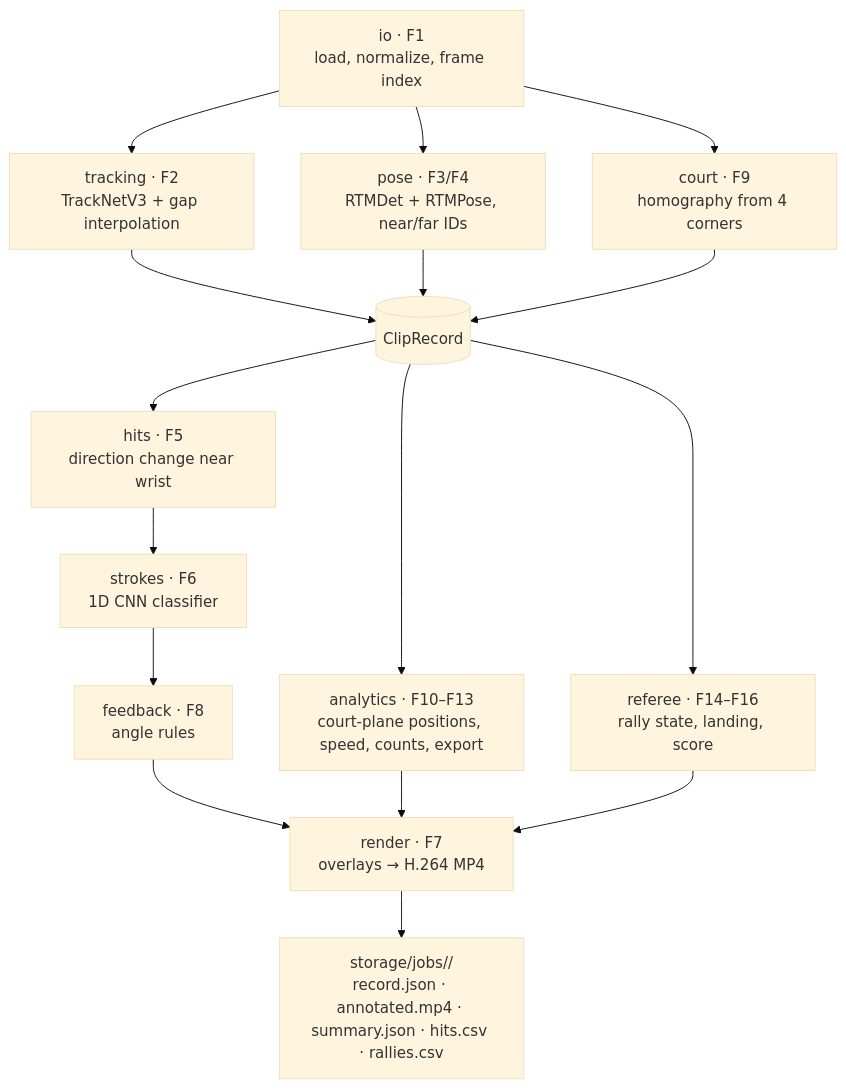
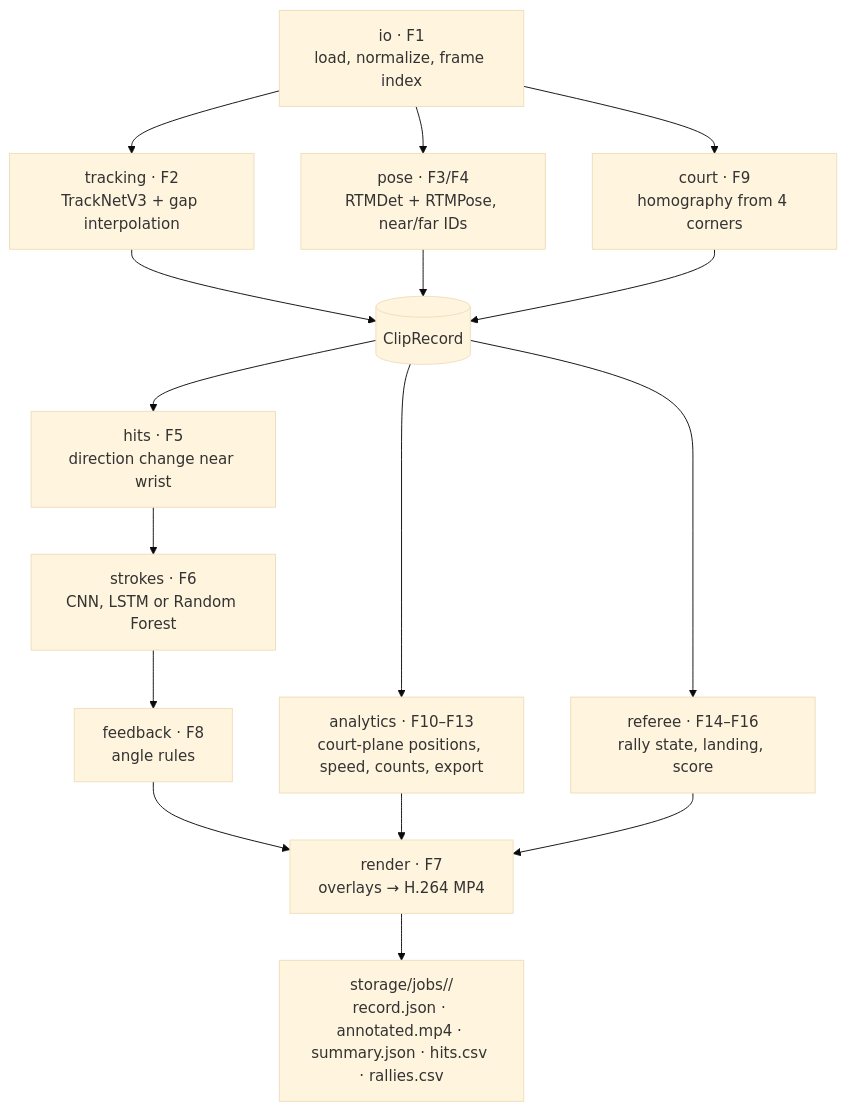
The second of 4 diagrams in docs/ARCHITECTURE.md (Mist10148/ShuttleSense), drawn with Mermaid (base theme) before and after one commit. The commit also changed other lines of this file and 16 other files, not shown here.

````diff
--- a/docs/ARCHITECTURE.md
+++ b/docs/ARCHITECTURE.md
@@ -35,18 +35,18 @@
 ```mermaid
 flowchart TD
     V["io · F1<br/>load, normalize, frame index"] --> T["tracking · F2<br/>TrackNetV3 + gap interpolation"]
     V --> P["pose · F3/F4<br/>RTMDet + RTMPose, near/far IDs"]
     V --> C["court · F9<br/>homography from 4 corners"]
     T --> R[("ClipRecord")]
     P --> R
     C --> R
     R --> H["hits · F5<br/>direction change near wrist"]
-    H --> S["strokes · F6<br/>1D CNN classifier"]
+    H --> S["strokes · F6<br/>CNN, LSTM or Random Forest"]
     S --> FB["feedback · F8<br/>angle rules"]
     R --> AN["analytics · F10–F13<br/>court-plane positions, speed, counts, export"]
     R --> RF["referee · F14–F16<br/>rally state, landing, score"]
     FB --> RD["render · F7<br/>overlays → H.264 MP4"]
     AN --> RD
     RF --> RD
     RD --> OUT["storage/jobs/<job_id>/<br/>record.json · annotated.mp4 · summary.json · hits.csv · rallies.csv"]
 ```
````
